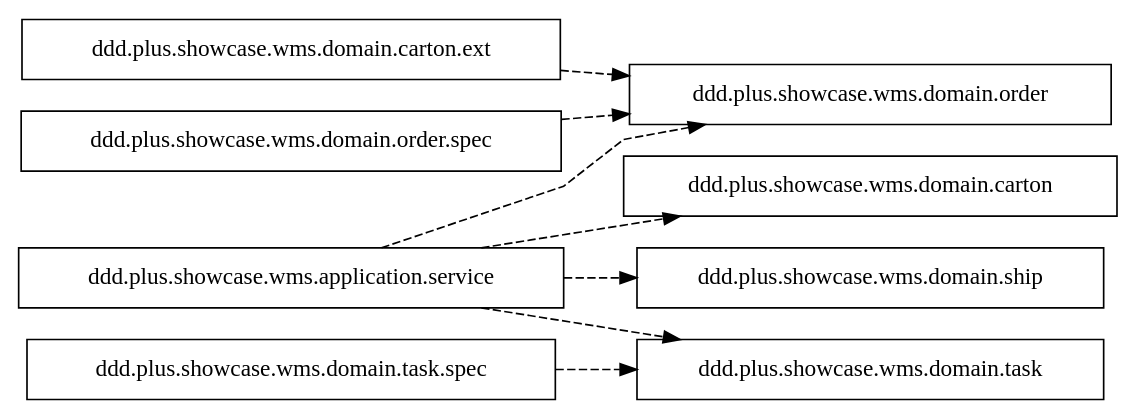
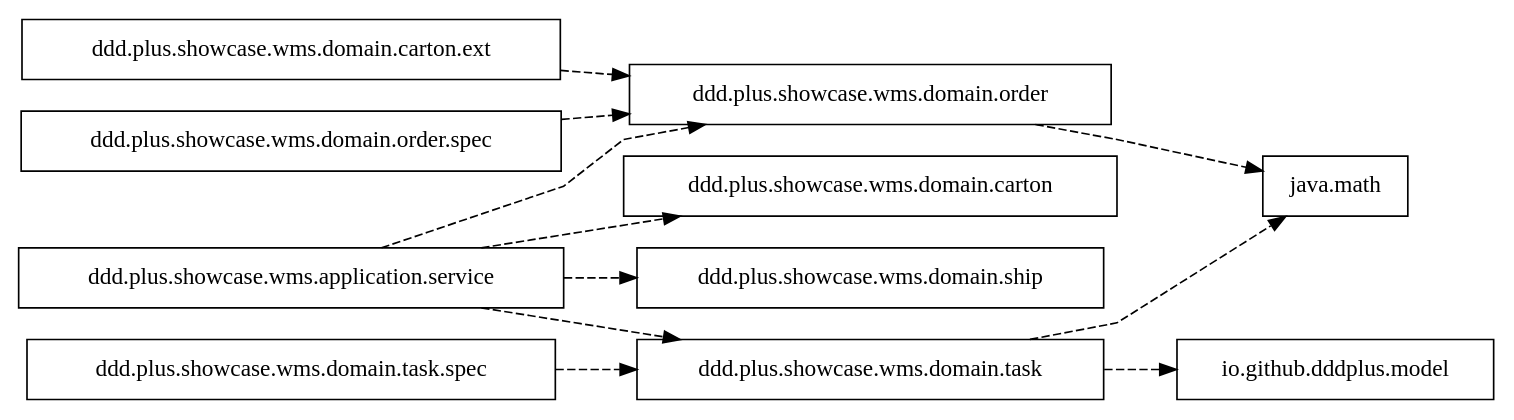
One commit to funkygao/cp-ddd-framework changed the diagram in doc/showcase/pkgref.dot. Above: the diagram before and after it, drawn with Graphviz. The commit also changed 3 other files, not shown here.

```diff
--- a/doc/showcase/pkgref.dot
+++ b/doc/showcase/pkgref.dot
@@ -1,15 +1,18 @@
 digraph G {
    labelloc = "t";
    rankdir=LR;
    splines = polyline;
    node [shape=record];
    edge [style = dashed, fontsize=10];
 
    "ddd.plus.showcase.wms.application.service" -> "ddd.plus.showcase.wms.domain.carton"
    "ddd.plus.showcase.wms.application.service" -> "ddd.plus.showcase.wms.domain.order"
    "ddd.plus.showcase.wms.application.service" -> "ddd.plus.showcase.wms.domain.ship"
    "ddd.plus.showcase.wms.application.service" -> "ddd.plus.showcase.wms.domain.task"
    "ddd.plus.showcase.wms.domain.carton.ext" -> "ddd.plus.showcase.wms.domain.order"
+   "ddd.plus.showcase.wms.domain.order" -> "java.math"
    "ddd.plus.showcase.wms.domain.order.spec" -> "ddd.plus.showcase.wms.domain.order"
+   "ddd.plus.showcase.wms.domain.task" -> "io.github.dddplus.model"
+   "ddd.plus.showcase.wms.domain.task" -> "java.math"
    "ddd.plus.showcase.wms.domain.task.spec" -> "ddd.plus.showcase.wms.domain.task"
 }
```
